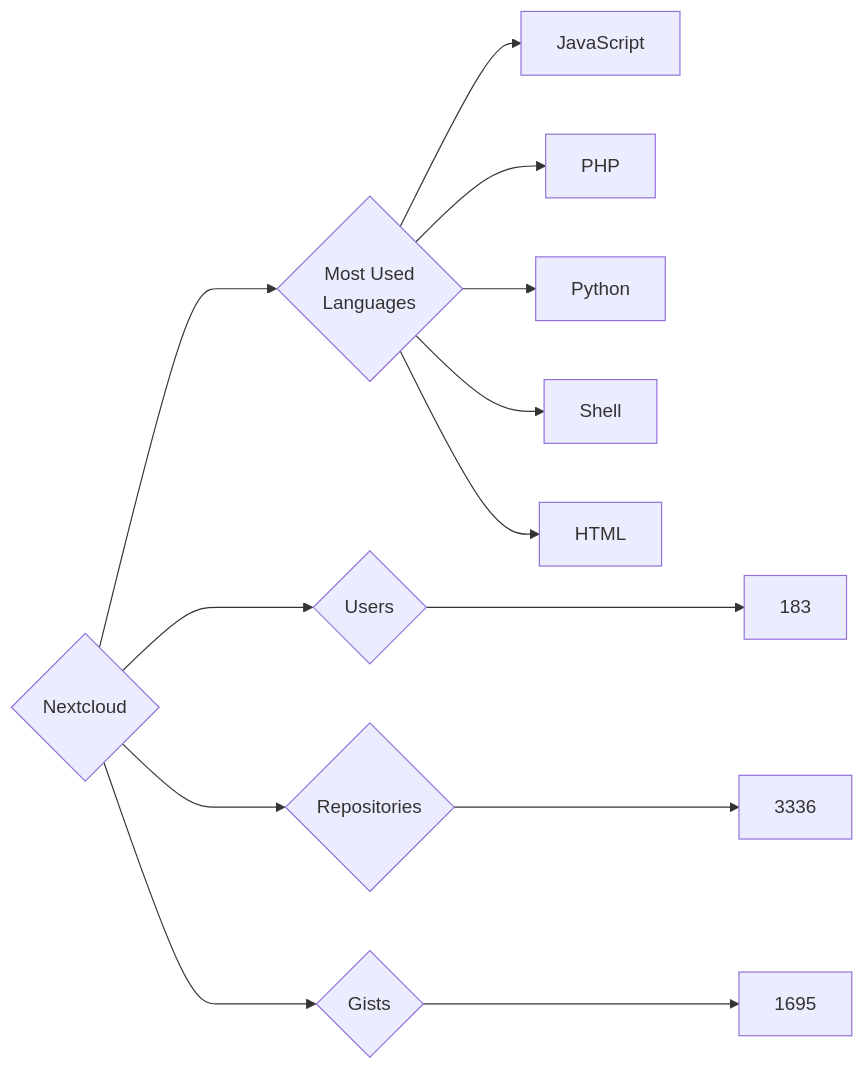
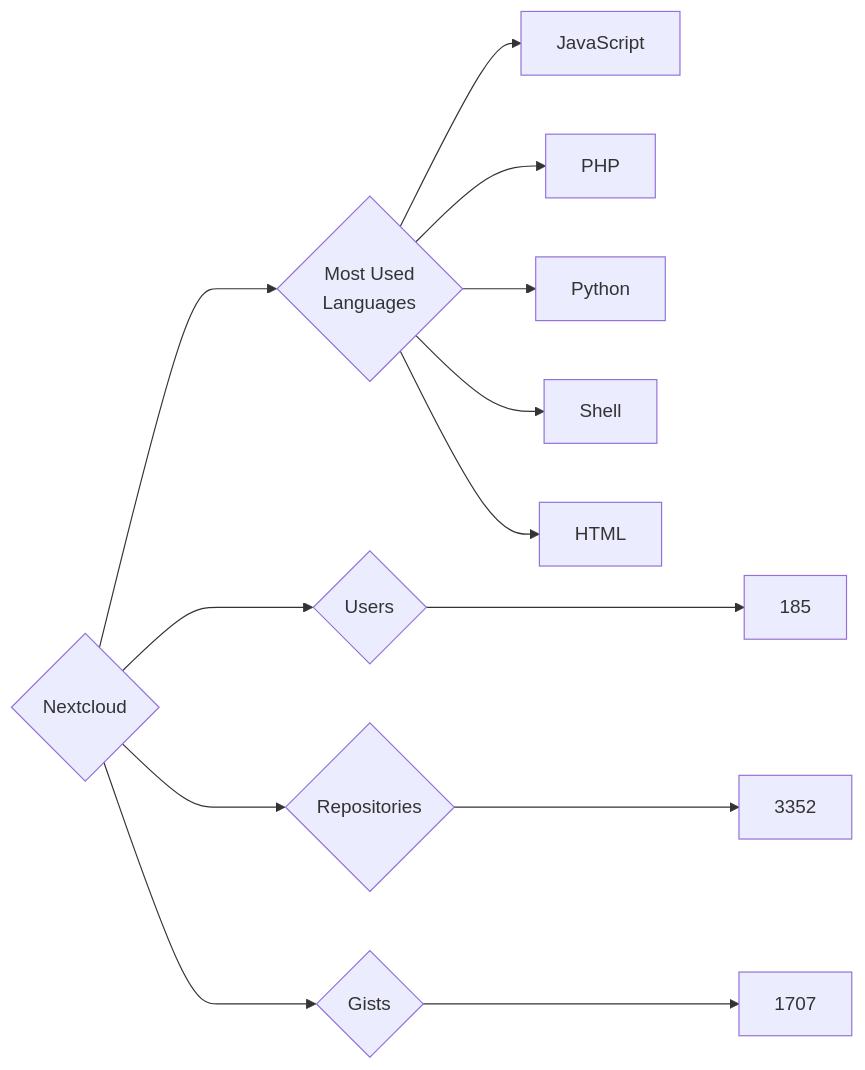
The diagram in targets/Nextcloud/README.md (trickest/insiders), drawn with Mermaid before and after one commit. The commit also changed 677 other files, not shown here.

````diff
--- a/targets/Nextcloud/README.md
+++ b/targets/Nextcloud/README.md
@@ -3,13 +3,13 @@
 ```mermaid
 graph LR
 COMPANY_NAME{Nextcloud}
-COMPANY_NAME ---> U{Users} ---> UN[183]
-COMPANY_NAME ---> R{Repositories} ---> RN[3336]
-COMPANY_NAME ---> G{Gists} ---> GN[1695]
+COMPANY_NAME ---> U{Users} ---> UN[185]
+COMPANY_NAME ---> R{Repositories} ---> RN[3352]
+COMPANY_NAME ---> G{Gists} ---> GN[1707]
 COMPANY_NAME ---> ML{Most Used<br>Languages}
 ML --> JavaScript[JavaScript]
 ML --> PHP[PHP]
 ML --> Python[Python]
 ML --> Shell[Shell]
 ML --> HTML[HTML]
 ```
````
